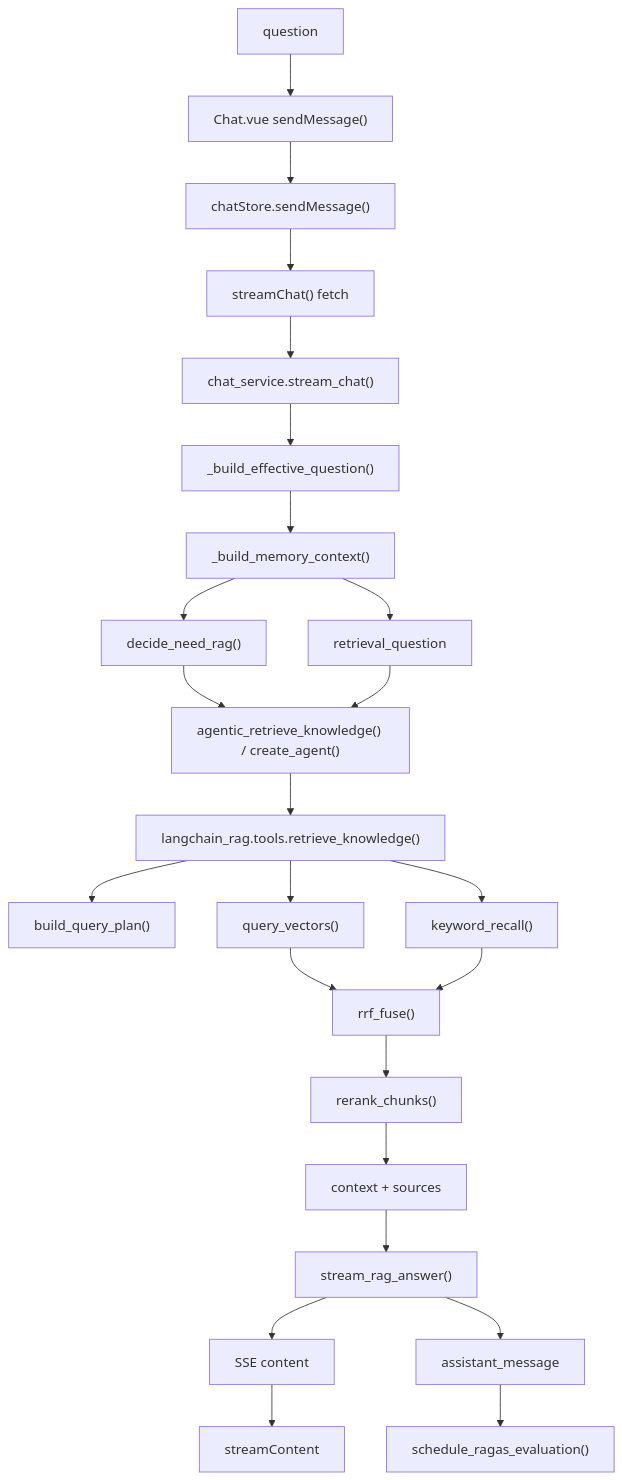
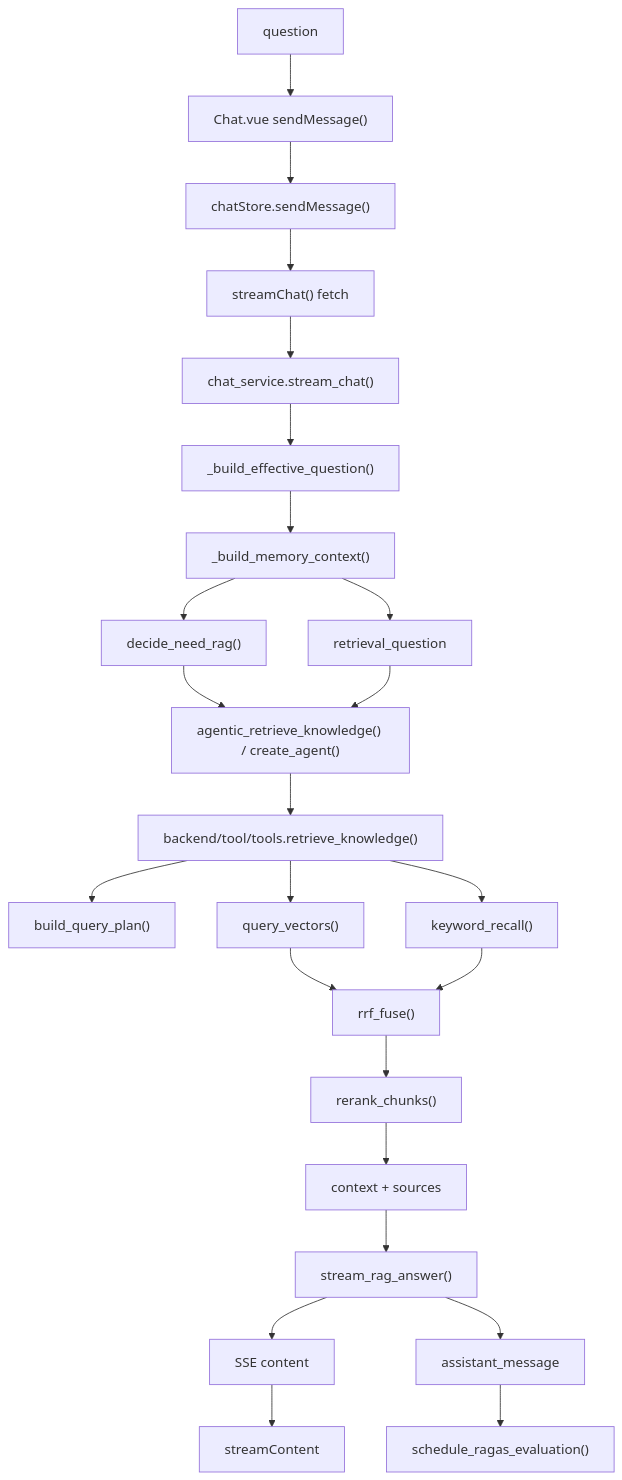
Before and after one commit to baiye-banned/Agent_about_answer: the tenth of 10 diagrams in docs/PROJECT_CODE_READING_ROADMAP.md, drawn with Mermaid. The commit also changed other lines of this file and 83 other files, not shown here.

````diff
--- a/docs/PROJECT_CODE_READING_ROADMAP.md
+++ b/docs/PROJECT_CODE_READING_ROADMAP.md
@@ -726,26 +725,26 @@
 ```mermaid
 flowchart TD
   Q["question"] --> CS["Chat.vue sendMessage()"]
   CS --> Store["chatStore.sendMessage()"]
   Store --> Fetch["streamChat() fetch"]
   Fetch --> Backend["chat_service.stream_chat()"]
   Backend --> EQ["_build_effective_question()"]
   EQ --> Memory["_build_memory_context()"]
   Memory --> Gate["decide_need_rag()"]
   Memory --> RQ["retrieval_question"]
   Gate --> Agentic["agentic_retrieve_knowledge() / create_agent()"]
   RQ --> Agentic
-  Agentic --> Retrieve["langchain_rag.tools.retrieve_knowledge()"]
+  Agentic --> Retrieve["backend/tool/tools.retrieve_knowledge()"]
   Retrieve --> Plan["build_query_plan()"]
   Retrieve --> Vector["query_vectors()"]
   Retrieve --> Keyword["keyword_recall()"]
   Vector --> RRF["rrf_fuse()"]
   Keyword --> RRF
   RRF --> Rerank["rerank_chunks()"]
   Rerank --> Context["context + sources"]
   Context --> Model["stream_rag_answer()"]
   Model --> SSE["SSE content"]
   SSE --> UI["streamContent"]
   Model --> Save["assistant_message"]
   Save --> Ragas["schedule_ragas_evaluation()"]
 ```
````
